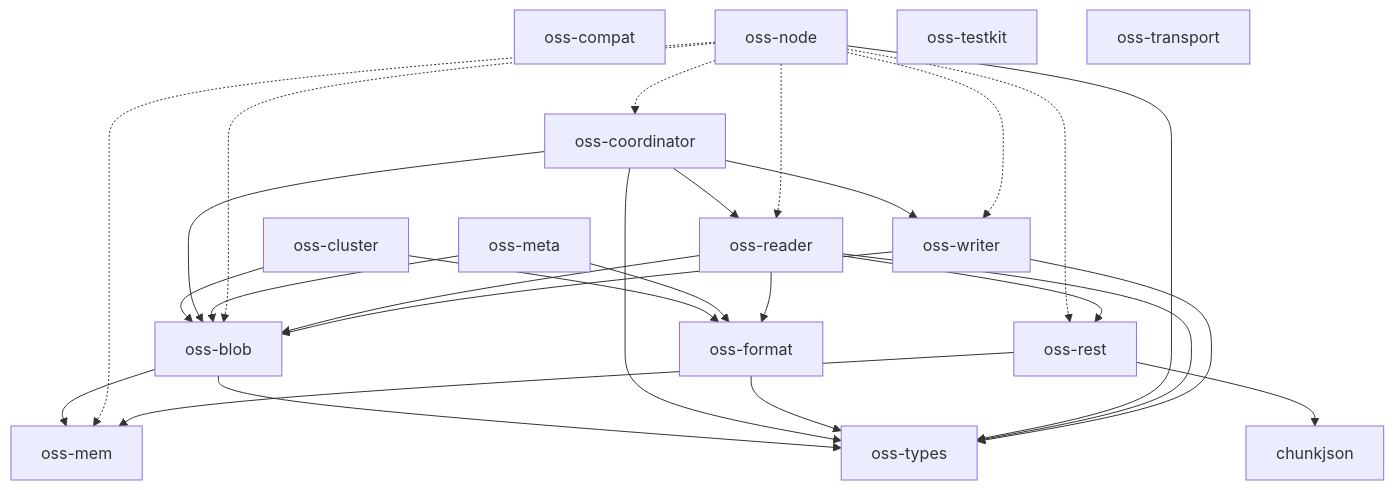
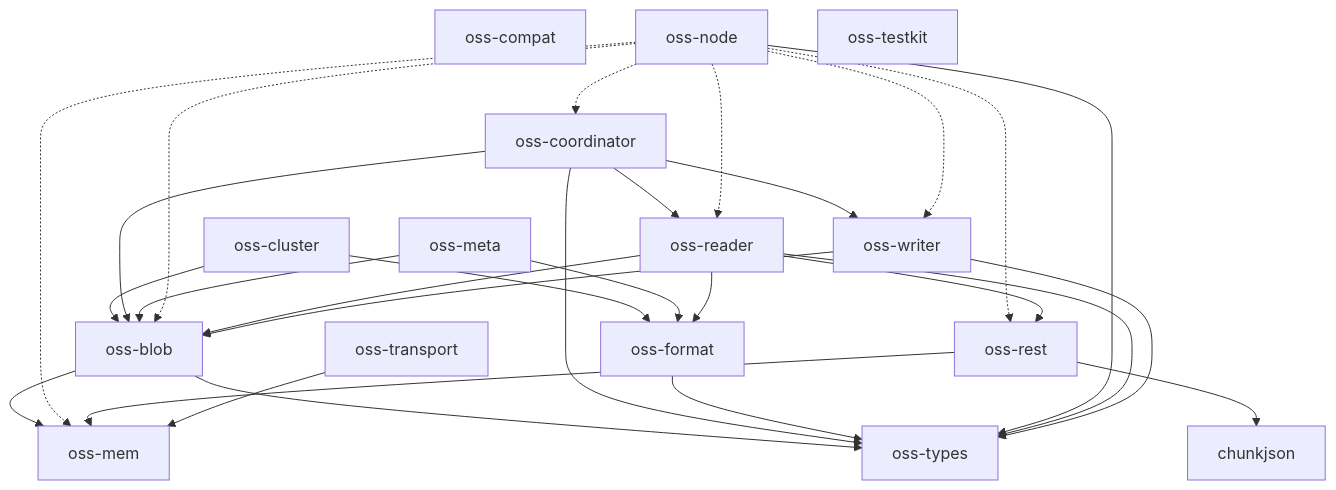
Before and after one commit to huyz0/opensearch-serverless: the diagram in docs/architecture.md, drawn with Mermaid. The commit also changed 28 other files, not shown here.

````diff
--- a/docs/architecture.md
+++ b/docs/architecture.md
@@ -10,35 +10,35 @@
 ```mermaid
 graph TD
     chunkjson
     oss-blob --> oss-mem
     oss-blob --> oss-types
     oss-cluster --> oss-blob
     oss-cluster --> oss-format
     oss-compat
     oss-coordinator --> oss-blob
     oss-coordinator --> oss-reader
     oss-coordinator --> oss-types
     oss-coordinator --> oss-writer
     oss-format --> oss-types
     oss-mem
     oss-meta --> oss-blob
     oss-meta --> oss-format
     oss-node -.-> oss-blob
     oss-node -.-> oss-coordinator
     oss-node -.-> oss-mem
     oss-node -.-> oss-reader
     oss-node -.-> oss-rest
     oss-node --> oss-types
     oss-node -.-> oss-writer
     oss-reader --> oss-blob
     oss-reader --> oss-format
     oss-reader --> oss-rest
     oss-reader --> oss-types
     oss-rest --> chunkjson
     oss-rest --> oss-mem
     oss-testkit
-    oss-transport
+    oss-transport --> oss-mem
     oss-types
     oss-writer --> oss-blob
     oss-writer --> oss-types
 ```
````
